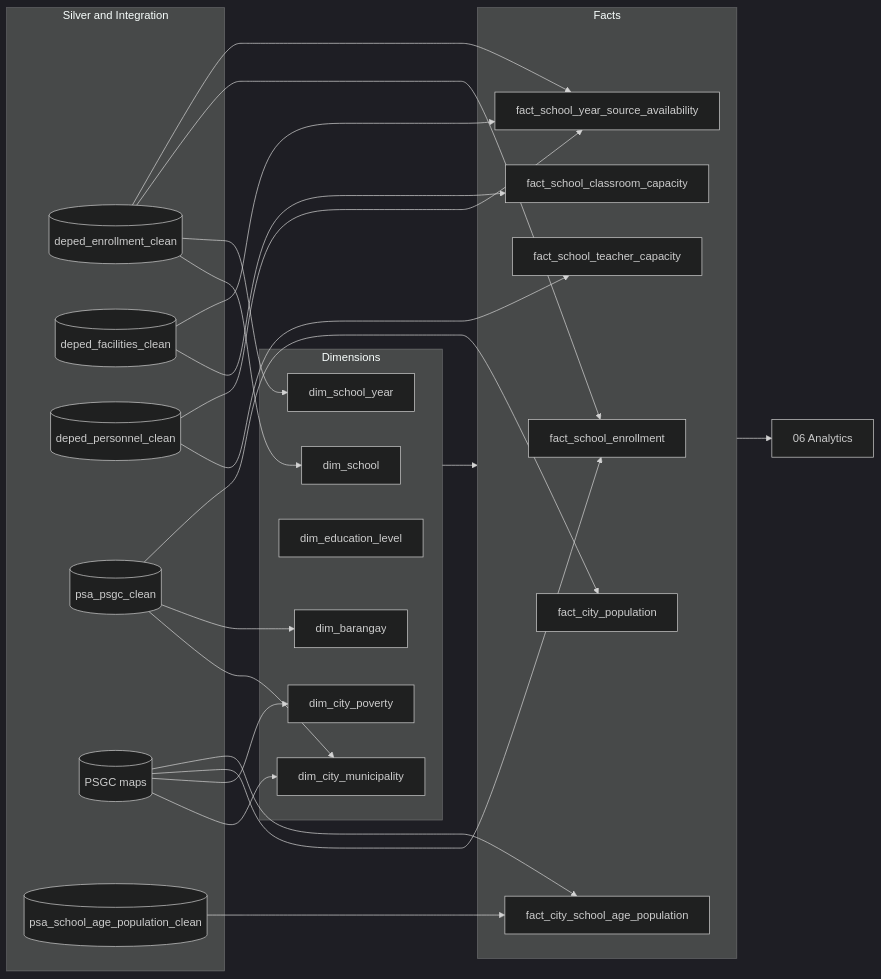
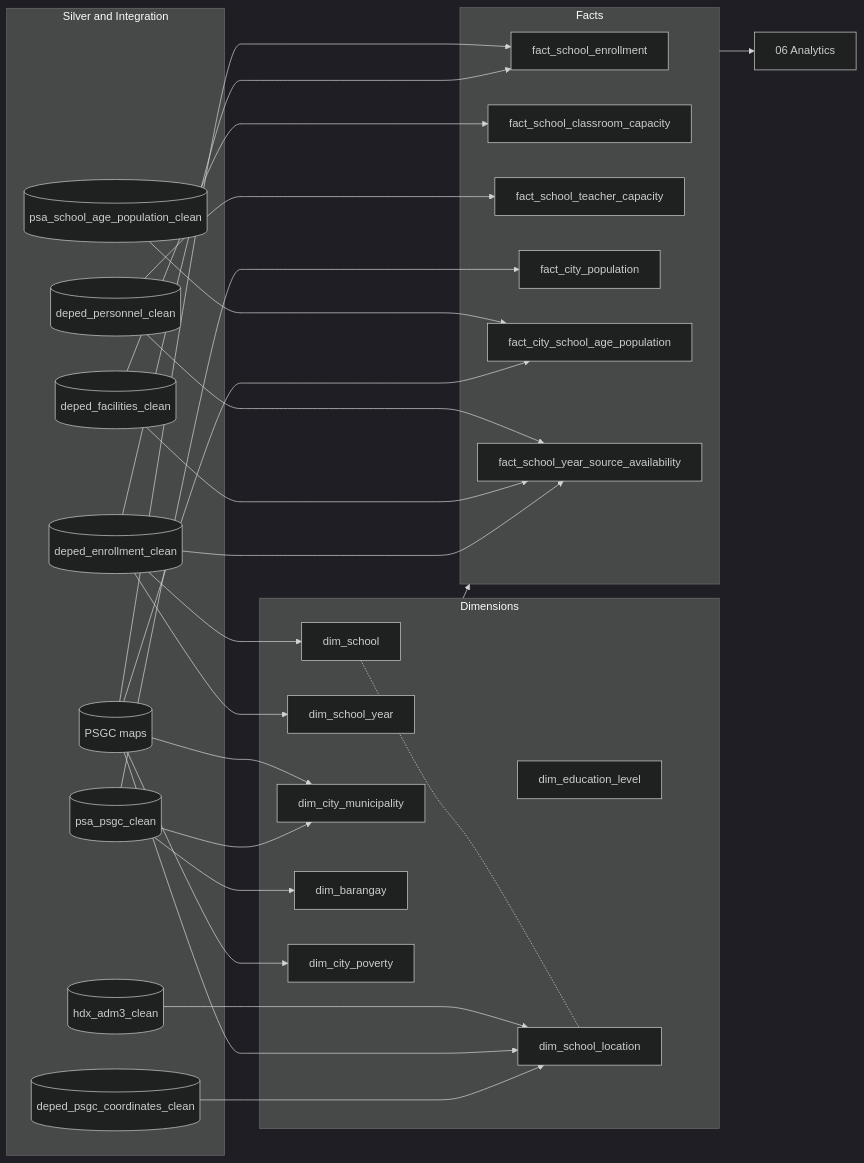
Before and after one commit to reached-hq/edu-access-intelligence: the diagram in etl/05_gold/README.md, drawn with Mermaid (dark theme). The commit also changed other lines of this file and 14 other files, not shown here.

Commit message:
Add dim_school_location: each public school's point and its city boundary test

````diff
--- a/etl/05_gold/README.md
+++ b/etl/05_gold/README.md
@@ -10,36 +10,41 @@
 ```mermaid
 flowchart LR
     subgraph inputs[Silver and Integration]
         enroll[(deped_enrollment_clean)]
         fac[(deped_facilities_clean)]
         pers[(deped_personnel_clean)]
         psgc[(psa_psgc_clean)]
         maps[(PSGC maps)]
         age[(psa_school_age_population_clean)]
+        coords[(deped_psgc_coordinates_clean)]
+        hdx[(hdx_adm3_clean)]
     end
     subgraph dims[Dimensions]
         dim_school[dim_school]
         dim_year[dim_school_year]
         dim_level[dim_education_level]
         dim_city[dim_city_municipality]
         dim_bgy[dim_barangay]
         dim_pov[dim_city_poverty]
+        dim_loc[dim_school_location]
     end
     subgraph facts[Facts]
         f_enroll[fact_school_enrollment]
         f_class[fact_school_classroom_capacity]
         f_teach[fact_school_teacher_capacity]
         f_pop[fact_city_population]
         f_age[fact_city_school_age_population]
         f_avail[fact_school_year_source_availability]
     end
     enroll --> dim_school & dim_year & f_enroll
     psgc --> dim_city & dim_bgy & f_pop
     maps --> dim_city & dim_pov & f_enroll & f_age
     fac --> f_class
     pers --> f_teach
     age --> f_age
+    coords & maps & hdx --> dim_loc
+    dim_school -.- dim_loc
     enroll & fac & pers --> f_avail
     dims --> facts
     facts --> analytics[06 Analytics]
 ```
````
